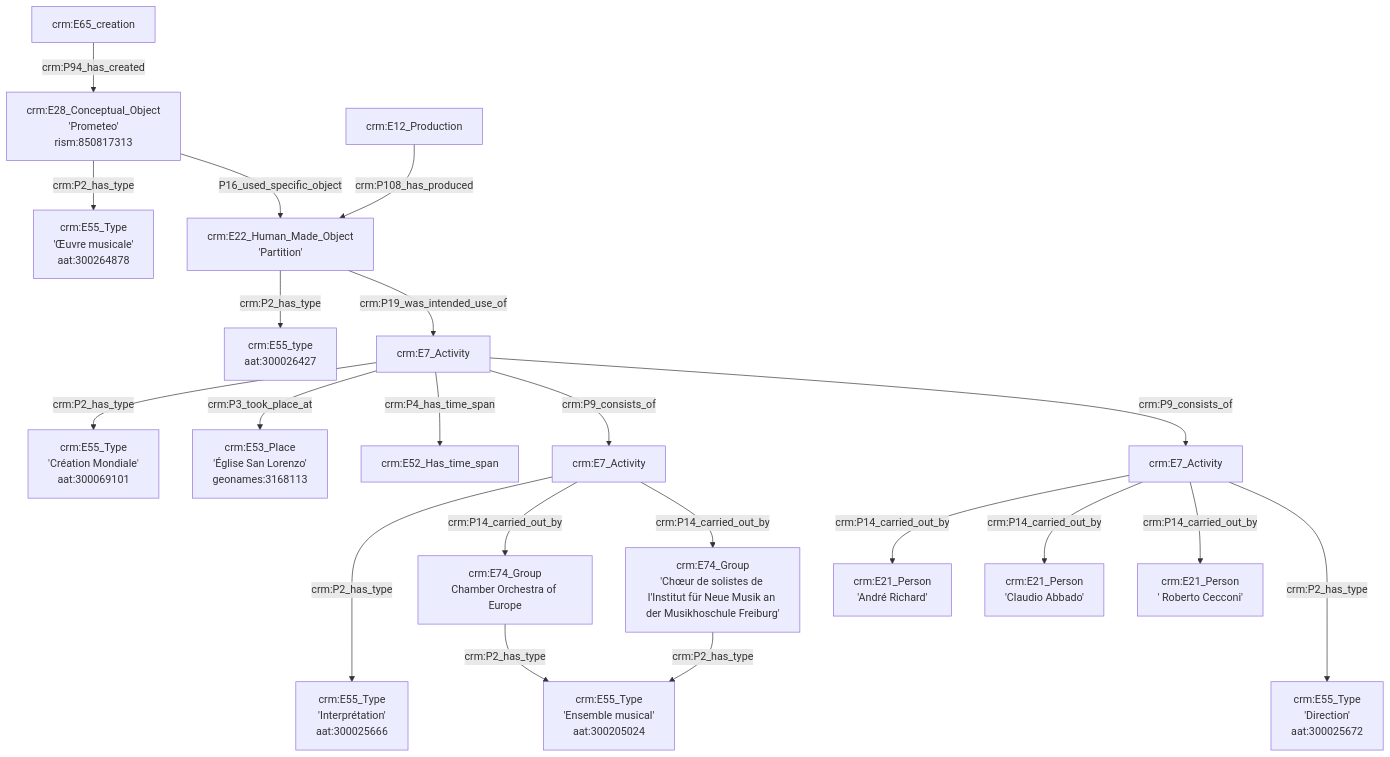
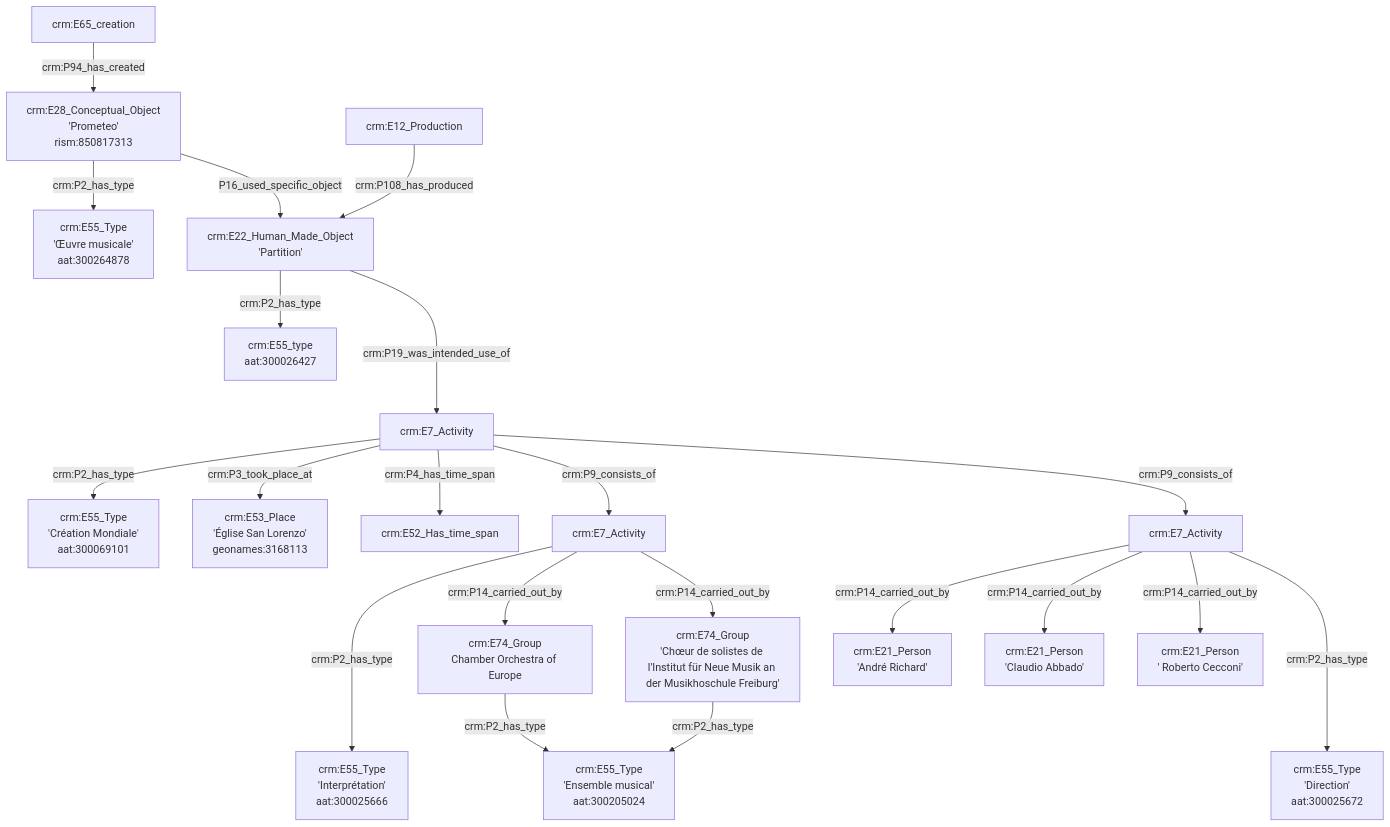
The third of 5 diagrams in Exemple1.md (GusBraud/OntoMatchGameGus), drawn with Mermaid before and after one commit. The commit also changed other lines of this file, not shown here.

````diff
--- a/Exemple1.md
+++ b/Exemple1.md
@@ -39,26 +39,26 @@
 ```mermaid
 graph TD;
 
 A[crm:E65_creation] --> |crm:P94_has_created| B[crm:E28_Conceptual_Object<br>'Prometeo'<br>rism:850817313]
 B[crm:E28_Conceptual_Object<br>'Prometeo'<br>rism:850817313] --> |crm:P2_has_type| C[crm:E55_Type<br>'Œuvre musicale'<br>aat:300264878]
 D[crm:E22_Human_Made_Object<br>'Partition'] --> |crm:P2_has_type| E[crm:E55_type<br>aat:300026427]
 B[crm:E28_Conceptual_Object<br>'Prometeo'<br>rism:850817313] --> |P16_used_specific_object| D[crm:E22_Human_Made_Object<br>'Partition']
 F[crm:E12_Production] --> |crm:P108_has_produced| D[crm:E22_Human_Made_Object<br>'Partition']
-D[crm:E22_Human_Made_Object<br>'Partition'] --> |crm:P19_was_intended_use_of| G[crm:E7_Activity]
+D[crm:E22_Human_Made_Object<br>'Partition'] ---> |crm:P19_was_intended_use_of| G[crm:E7_Activity]
 
 G[crm:E7_Activity] --> |crm:P2_has_type| H[crm:E55_Type<br>'Création Mondiale'<br>aat:300069101]
 G[crm:E7_Activity] --> |crm:P3_took_place_at| I[crm:E53_Place<br>'Église San Lorenzo'<br>geonames:3168113]
 G[crm:E7_Activity] --> |crm:P4_has_time_span| J[crm:E52_Has_time_span]
 G[crm:E7_Activity] --> |crm:P9_consists_of| K[crm:E7_Activity]
 G[crm:E7_Activity] --> |crm:P9_consists_of| Q[crm:E7_Activity]
 K[crm:E7_Activity] ---> |crm:P2_has_type| L[crm:E55_Type<br>'Interprétation'<br>aat:300025666]
 K[crm:E7_Activity] --> |crm:P14_carried_out_by| M[crm:E74_Group<br>'Chamber Orchestra of Europe']
 M[crm:E74_Group<br>Chamber Orchestra of Europe] --> |crm:P2_has_type| N[crm:E55_Type<br>'Ensemble musical'<br>aat:300205024]
 K[crm:E7_Activity] --> |crm:P14_carried_out_by| O[crm:E74_Group<br>'Chœur de solistes de l'Institut für Neue Musik an der Musikhoschule Freiburg']
 O[crm:E74_Group<br>'Chœur de solistes de l'Institut für Neue Musik an der Musikhoschule Freiburg'] --> |crm:P2_has_type| N[crm:E55_Type<br>'Ensemble musical'<br>aat:300205024]
 Q[crm:E7_Activity] --> |crm:P14_carried_out_by| R[crm:E21_Person<br>'André Richard']
 Q[crm:E7_Activity] --> |crm:P14_carried_out_by| S[crm:E21_Person<br>'Claudio Abbado']
 Q[crm:E7_Activity] --> |crm:P14_carried_out_by| T[crm:E21_Person<br>' Roberto Cecconi']
 Q[crm:E7_Activity] ---> |crm:P2_has_type| U[crm:E55_Type<br>'Direction'<br>aat:300025672]
 
 ```
````
